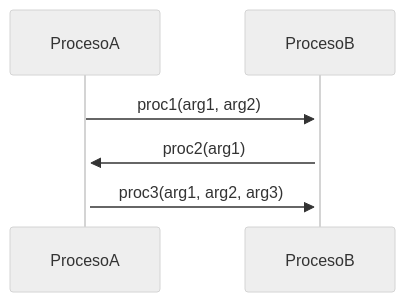
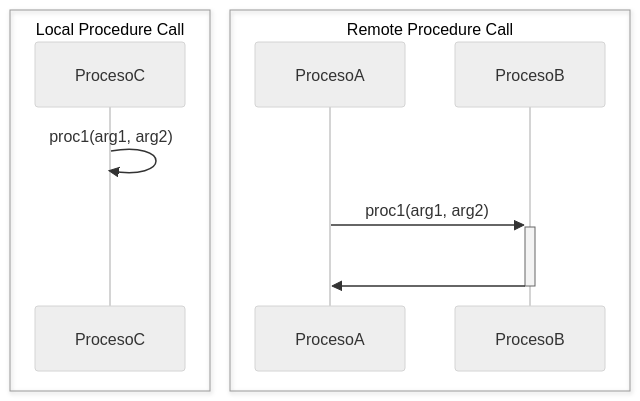
The first of 2 diagrams in transparencias/ssdd_rpc.md (acaldero/uc3m_sd), drawn with Mermaid (neutral theme) before and after one commit. The commit also changed other lines of this file and 2 other files, not shown here.

````diff
--- a/transparencias/ssdd_rpc.md
+++ b/transparencias/ssdd_rpc.md
@@ -39,6 +39,13 @@
-    ```mermaid
-    sequenceDiagram
-      ProcesoA  ->>+  ProcesoB: proc1(arg1, arg2)
-      ProcesoB  ->>+  ProcesoA: proc2(arg1)
-      ProcesoA  ->>+  ProcesoB: proc3(arg1, arg2, arg3)
+   ```mermaid
+     sequenceDiagram
+     box  Local  Procedure  Call
+     participant  ProcesoC
+     end
+     ProcesoC  ->>+  ProcesoC: proc1(arg1, arg2)
+     box  Remote  Procedure  Call
+     participant  ProcesoA
+     participant  ProcesoB
+     end
+     ProcesoA  ->>+  ProcesoB: proc1(arg1, arg2)
+     ProcesoB  ->>-  ProcesoA: <br/>
     ```
````
